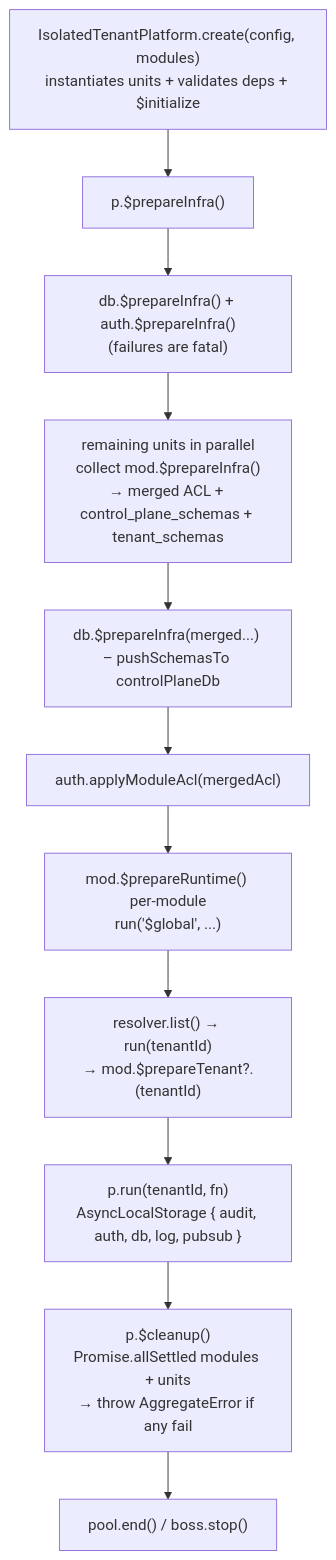
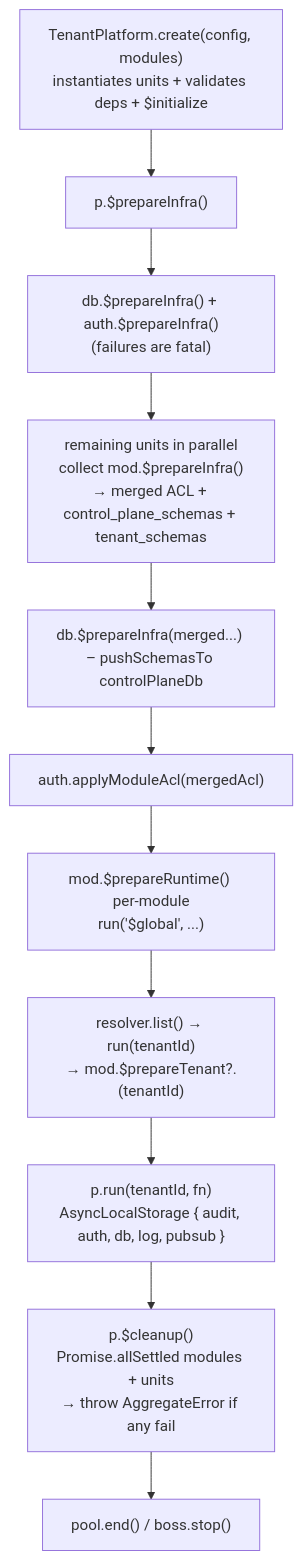
The second of 3 diagrams in packages/platform/docs/overview.mdx (AdityaBorkar/aspen-os), drawn with Mermaid before and after one commit. The commit also changed other lines of this file and 30 other files, not shown here.

````diff
--- a/packages/platform/docs/overview.mdx
+++ b/packages/platform/docs/overview.mdx
@@ -84,13 +84,13 @@
 ```mermaid
 flowchart TB
-  A["IsolatedTenantPlatform.create(config, modules)\ninstantiates units + validates deps + $initialize"] --> B["p.$prepareInfra()"]
+  A["TenantPlatform.create(config, modules)\ninstantiates units + validates deps + $initialize"] --> B["p.$prepareInfra()"]
   B --> B1["db.$prepareInfra() + auth.$prepareInfra()\n(failures are fatal)"]
   B1 --> B2["remaining units in parallel\ncollect mod.$prepareInfra()\n→ merged ACL + control_plane_schemas + tenant_schemas"]
   B2 --> B3["db.$prepareInfra(merged...) – pushSchemasTo controlPlaneDb"]
   B3 --> B4["auth.applyModuleAcl(mergedAcl)"]
   B4 --> B5["mod.$prepareRuntime() per-module\nrun('$global', ...)"]
   B5 --> B6["resolver.list() → run(tenantId)\n→ mod.$prepareTenant?.(tenantId)"]
   B6 --> C["p.run(tenantId, fn)\nAsyncLocalStorage { audit, auth, db, log, pubsub }"]
   C --> D["p.$cleanup()\nPromise.allSettled modules + units\n→ throw AggregateError if any fail"]
   D --> E["pool.end() / boss.stop()"]
 ```
````
